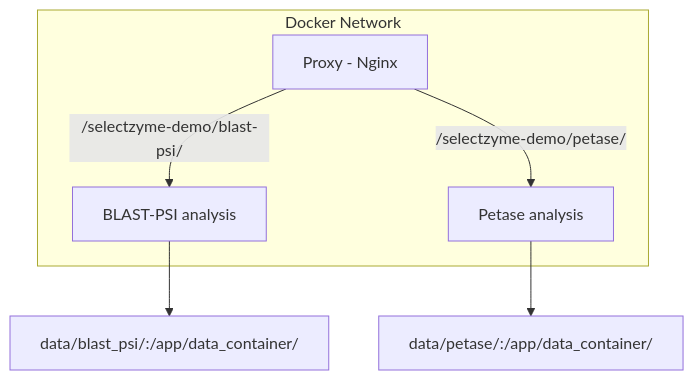
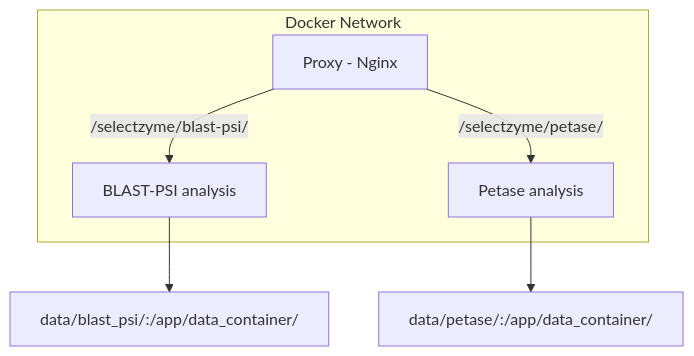
Before and after one commit to ipb-halle/SelectZyme-app: the first of 2 diagrams in README.md, drawn with Mermaid. The commit also changed other lines of this file and 8 other files, not shown here.

````diff
--- a/README.md
+++ b/README.md
@@ -4,14 +4,14 @@
 ```mermaid
 graph TD;  
     B[BLAST-PSI analysis] --> D[data/blast_psi/:/app/data_container/];
     C[Petase analysis] --> E[data/petase/:/app/data_container/];
     
-    A[Proxy - Nginx] -->|/selectzyme-demo/blast-psi/| B[BLAST-PSI analysis];
-    A[Proxy - Nginx] -->|/selectzyme-demo/petase/| C[Petase analysis];
+    A[Proxy - Nginx] -->|/selectzyme/blast-psi/| B[BLAST-PSI analysis];
+    A[Proxy - Nginx] -->|/selectzyme/petase/| C[Petase analysis];
     
     subgraph Docker Network;
         A[Proxy - Nginx];
         B[BLAST-PSI analysis];
         C[Petase analysis];
     end
 ```
````
